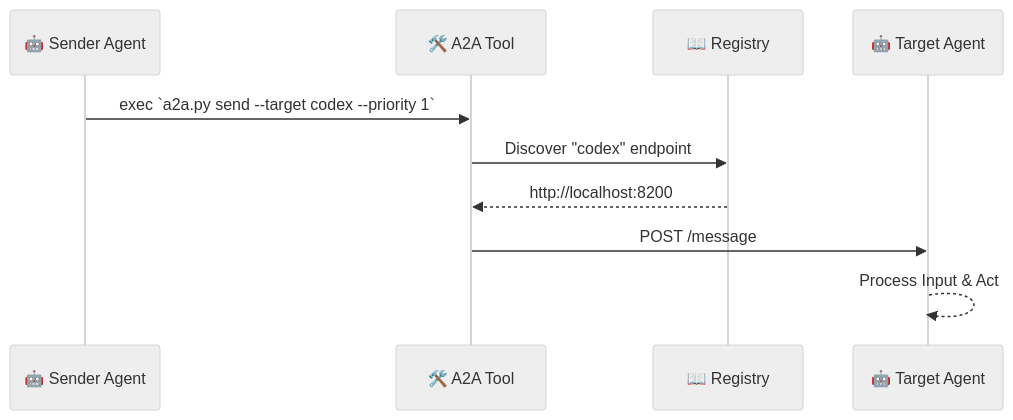
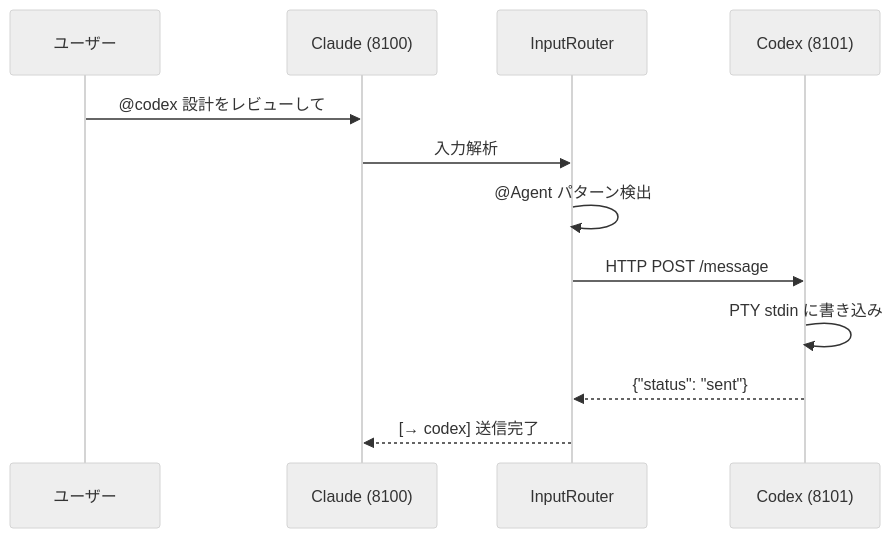
Before and after one commit to s-hiraoku/synapse-a2a: the third of 3 diagrams in README.md, drawn with Mermaid (neutral theme). The commit also changed other lines of this file and 8 other files, not shown here.

First line of the commit message:
Add comprehensive documentation with Mermaid diagrams

````diff
--- a/README.md
+++ b/README.md
@@ -45,13 +154,15 @@
 ```mermaid
 sequenceDiagram
-    participant Sender as 🤖 Sender Agent
-    participant Tool as 🛠️ A2A Tool
-    participant Reg as 📖 Registry
-    participant Target as 🤖 Target Agent
+    participant User as ユーザー
+    participant Claude as Claude (8100)
+    participant Router as InputRouter
+    participant Codex as Codex (8101)
 
-    Sender->>Tool: exec `a2a.py send --target codex --priority 1`
-    Tool->>Reg: Discover "codex" endpoint
-    Reg-->>Tool: http://localhost:8200
-    Tool->>Target: POST /message
-    Target-->>Target: Process Input & Act
+    User->>Claude: @codex 設計をレビューして
+    Claude->>Router: 入力解析
+    Router->>Router: @Agent パターン検出
+    Router->>Codex: HTTP POST /message
+    Codex->>Codex: PTY stdin に書き込み
+    Codex-->>Router: {"status": "sent"}
+    Router-->>Claude: [→ codex] 送信完了
 ```
````
